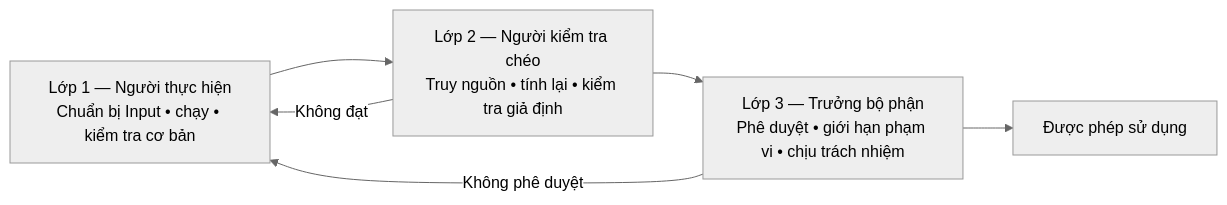
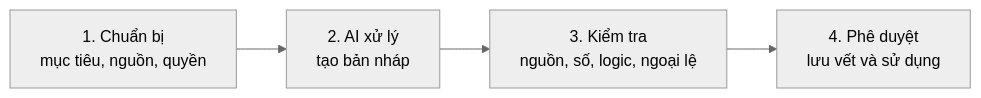
One commit to huynv81/git changed the third of 3 diagrams in Cam_nang_AI_cho_nhan_su_khong_chuyen_IT_ke_toan_marketing.md. Above: the diagram before and after it, drawn with Mermaid (neutral theme). The commit also changed other lines of this file, not shown here.

````diff
--- a/Cam_nang_AI_cho_nhan_su_khong_chuyen_IT_ke_toan_marketing.md
+++ b/Cam_nang_AI_cho_nhan_su_khong_chuyen_IT_ke_toan_marketing.md
@@ -1558,8 +233,6 @@
 ```mermaid
 flowchart LR
-    L1["Lớp 1 — Người thực hiện<br/>Chuẩn bị Input • chạy • kiểm tra cơ bản"] --> L2["Lớp 2 — Người kiểm tra chéo<br/>Truy nguồn • tính lại • kiểm tra giả định"]
-    L2 --> L3["Lớp 3 — Trưởng bộ phận<br/>Phê duyệt • giới hạn phạm vi • chịu trách nhiệm"]
-    L3 --> USE["Được phép sử dụng"]
-    L2 -- "Không đạt" --> L1
-    L3 -- "Không phê duyệt" --> L1
+    A[1. Chuẩn bị<br/>mục tiêu, nguồn, quyền] --> B[2. AI xử lý<br/>tạo bản nháp]
+    B --> C[3. Kiểm tra<br/>nguồn, số, logic, ngoại lệ]
+    C --> D[4. Phê duyệt<br/>lưu vết và sử dụng]
 ```
````
